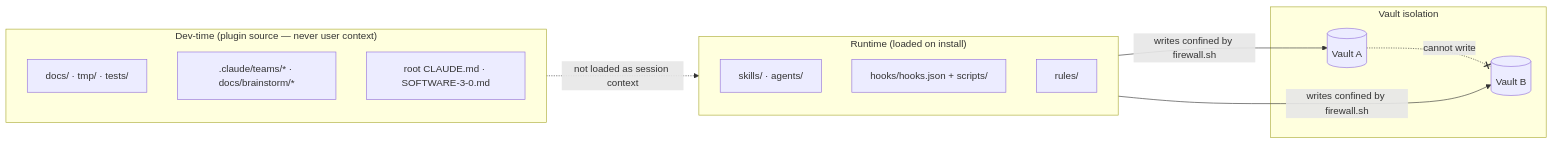
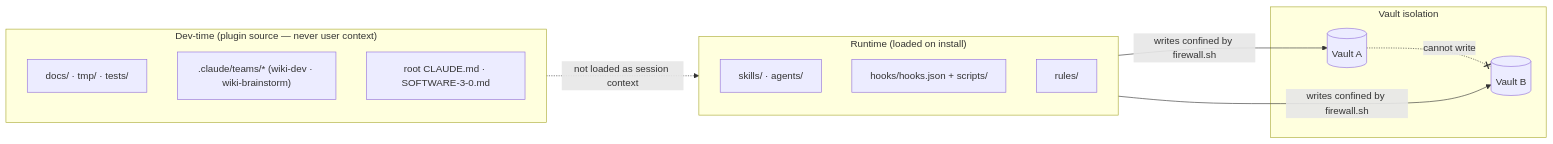
Before and after one commit to odere-pro/claude-wiki-pages-plugin: the third of 4 diagrams in docs/design/05-claude-config-security.md, drawn with Mermaid. The commit also changed other lines of this file and 86 other files, not shown here.

````diff
--- a/docs/design/05-claude-config-security.md
+++ b/docs/design/05-claude-config-security.md
@@ -55,22 +55,22 @@
 ```mermaid
 graph LR
     subgraph devtime["Dev-time (plugin source — never user context)"]
         d1["docs/ · tmp/ · tests/"]
-        d2[".claude/teams/* · docs/brainstorm/*"]
+        d2[".claude/teams/* (wiki-dev · wiki-brainstorm)"]
         d3["root CLAUDE.md · SOFTWARE-3-0.md"]
     end
     subgraph runtime["Runtime (loaded on install)"]
         r1["skills/ · agents/"]
         r2["hooks/hooks.json + scripts/"]
         r3["rules/"]
     end
     subgraph vaults["Vault isolation"]
         vA[("Vault A")]
         vB[("Vault B")]
     end
 
     runtime -->|writes confined by firewall.sh| vA
     runtime -->|writes confined by firewall.sh| vB
     vA -. cannot write .-x vB
     devtime -. not loaded as session context .-> runtime
 ```
````
